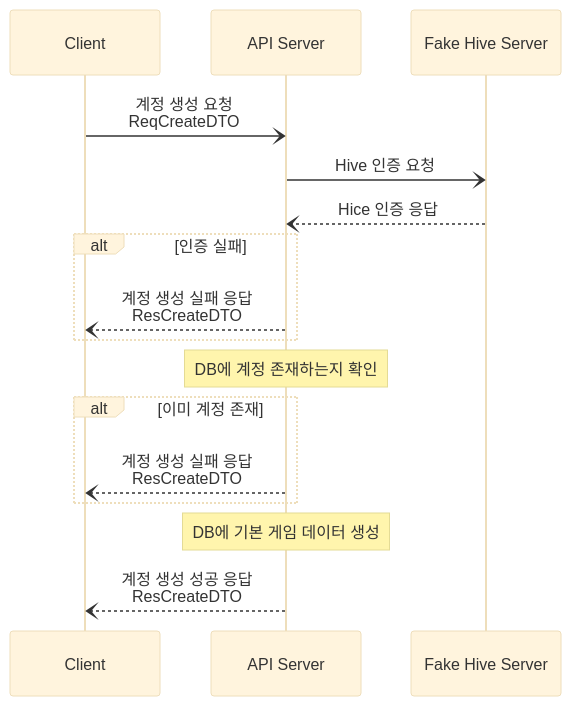
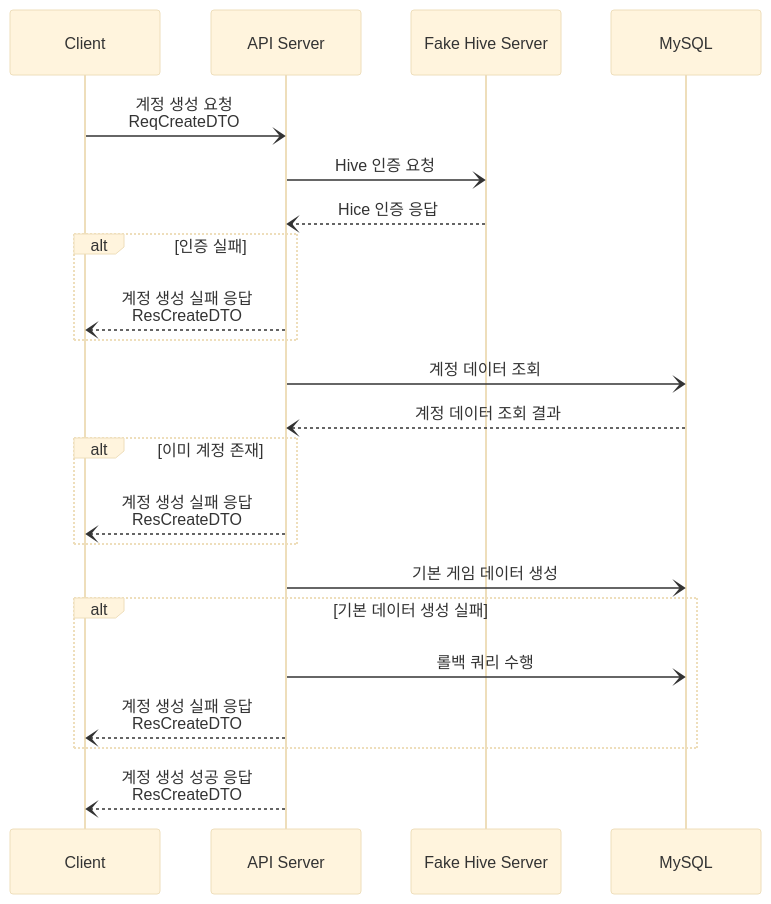
One commit to jacking75/com2us_edu_GenieFarm changed the diagram in SequenceDiagram.md. Above: the diagram before and after it, drawn with Mermaid (base theme).

Commit message:
[Docs] 시퀀스 다이어그램 수정

````diff
--- a/SequenceDiagram.md
+++ b/SequenceDiagram.md
@@ -3,16 +3,21 @@
 ```mermaid
 sequenceDiagram
 
 Client-)API Server:계정 생성 요청<br>ReqCreateDTO
 API Server-)Fake Hive Server:Hive 인증 요청
 Fake Hive Server--)API Server:Hice 인증 응답
 alt 인증 실패
 API Server--)Client:계정 생성 실패 응답<br>ResCreateDTO
 end
-Note over API Server:DB에 계정 존재하는지 확인
+API Server-)MySQL:계정 데이터 조회
+MySQL--)API Server:계정 데이터 조회 결과
 alt 이미 계정 존재
 API Server--)Client:계정 생성 실패 응답<br>ResCreateDTO
 end
-Note over API Server:DB에 기본 게임 데이터 생성
+API Server-)MySQL:기본 게임 데이터 생성
+alt 기본 데이터 생성 실패
+API Server-)MySQL:롤백 쿼리 수행
+API Server--)Client:계정 생성 실패 응답<br>ResCreateDTO
+end
 API Server--)Client:계정 생성 성공 응답<br>ResCreateDTO
 ```
````
